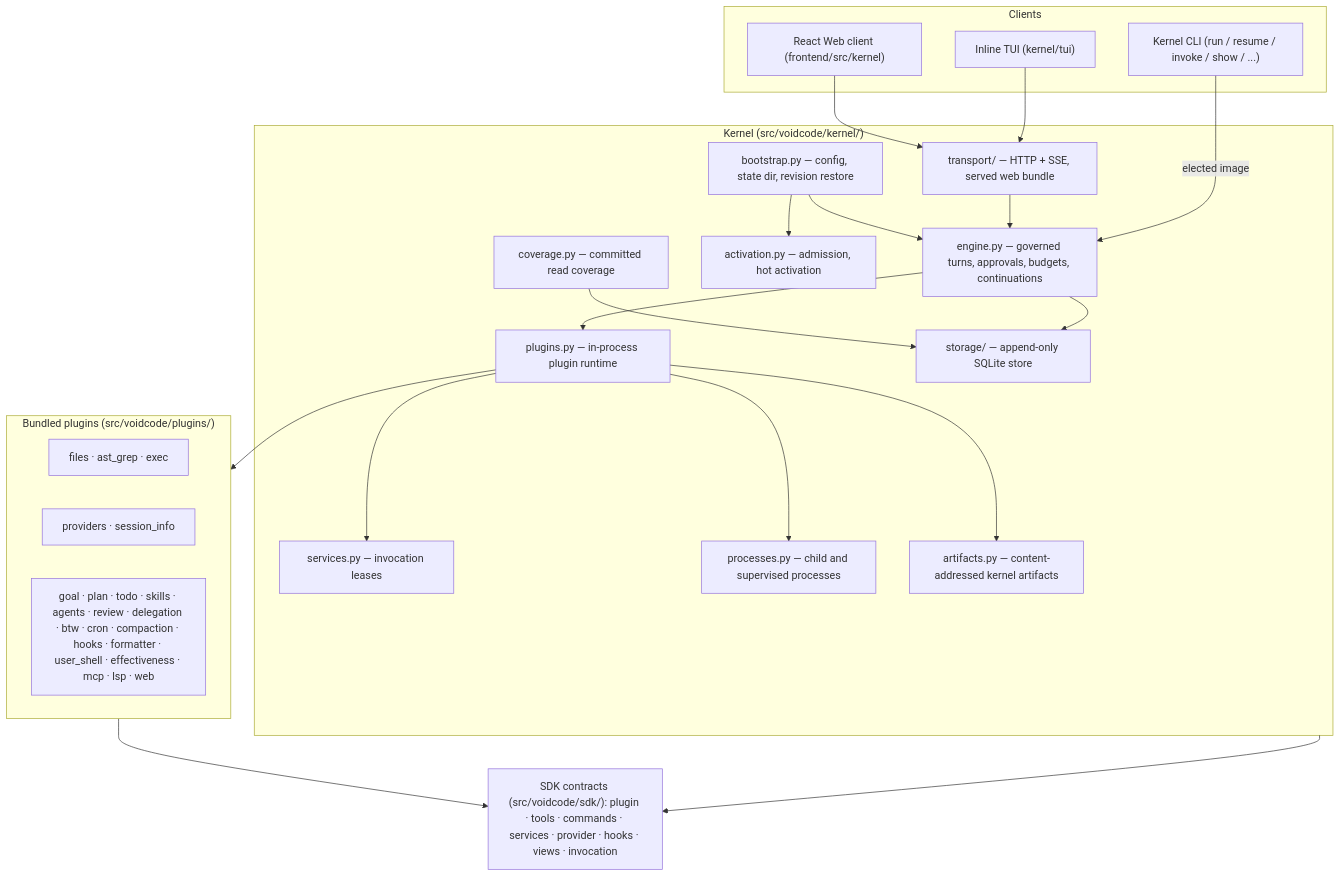
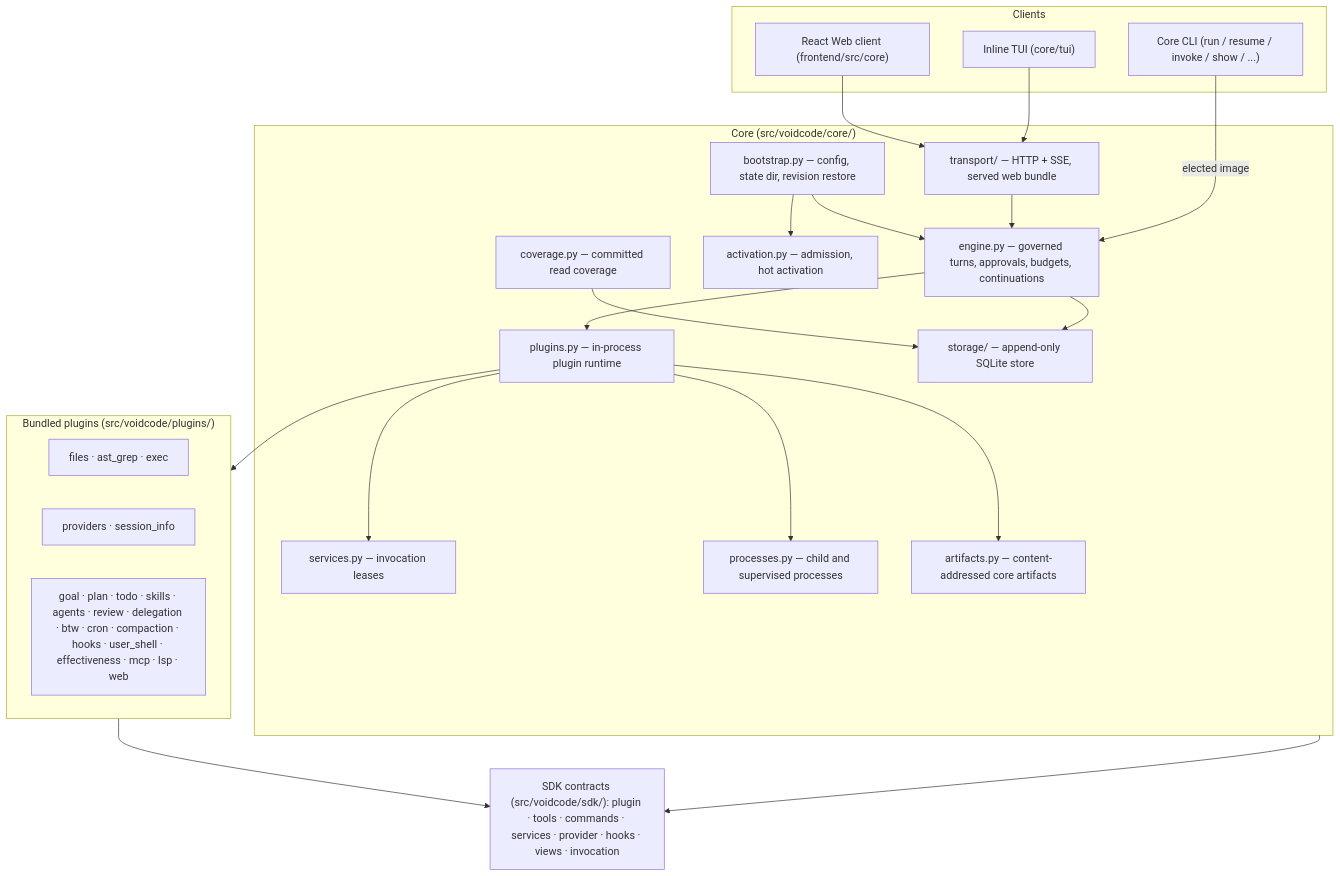
Before and after one commit to lei-jia-xing/voidcode: the diagram in docs/architecture.md, drawn with Mermaid. The commit also changed other lines of this file and 420 other files, not shown here.

Commit message:
refactor!: rename kernel to core and remove formatter plugin

````diff
--- a/docs/architecture.md
+++ b/docs/architecture.md
@@ -24,45 +24,45 @@
 ```mermaid
 graph TD
     subgraph Clients["Clients"]
-        CLI["Kernel CLI (run / resume / invoke / show / ...)"]
-        TUI["Inline TUI (kernel/tui)"]
-        Web["React Web client (frontend/src/kernel)"]
+        CLI["Core CLI (run / resume / invoke / show / ...)"]
+        TUI["Inline TUI (core/tui)"]
+        Web["React Web client (frontend/src/core)"]
     end
 
-    subgraph Kernel["Kernel (src/voidcode/kernel/)"]
+    subgraph Core["Core (src/voidcode/core/)"]
         Engine["engine.py — governed turns, approvals, budgets, continuations"]
         Bootstrap["bootstrap.py — config, state dir, revision restore"]
         Activation["activation.py — admission, hot activation"]
         Runtime["plugins.py — in-process plugin runtime"]
         Services["services.py — invocation leases"]
         Processes["processes.py — child and supervised processes"]
         Storage["storage/ — append-only SQLite store"]
         Transport["transport/ — HTTP + SSE, served web bundle"]
-        Artifacts["artifacts.py — content-addressed kernel artifacts"]
+        Artifacts["artifacts.py — content-addressed core artifacts"]
         Coverage["coverage.py — committed read coverage"]
     end
 
     subgraph Plugins["Bundled plugins (src/voidcode/plugins/)"]
         Files["files · ast_grep · exec"]
         Model["providers · session_info"]
-        Product["goal · plan · todo · skills · agents · review · delegation · btw · cron · compaction · hooks · formatter · user_shell · effectiveness · mcp · lsp · web"]
+        Product["goal · plan · todo · skills · agents · review · delegation · btw · cron · compaction · hooks · user_shell · effectiveness · mcp · lsp · web"]
     end
 
     SDK["SDK contracts (src/voidcode/sdk/): plugin · tools · commands · services · provider · hooks · views · invocation"]
 
     CLI -->|elected image| Engine
     TUI --> Transport
     Web --> Transport
     Transport --> Engine
     Engine --> Runtime
     Engine --> Storage
     Bootstrap --> Activation
     Bootstrap --> Engine
     Coverage --> Storage
     Runtime --> Services
     Runtime --> Processes
     Runtime --> Artifacts
     Runtime --> Plugins
-    Kernel --> SDK
+    Core --> SDK
     Plugins --> SDK
 ```
````
